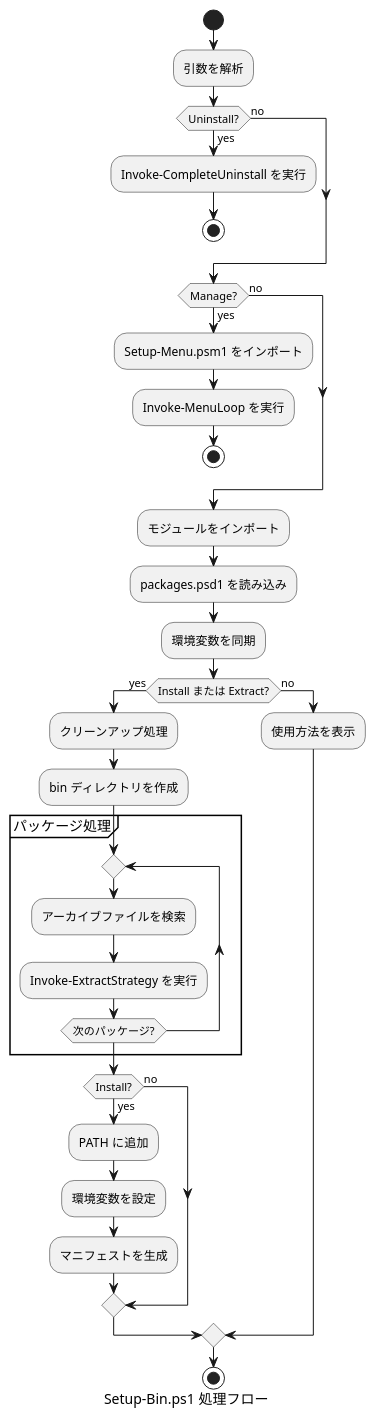
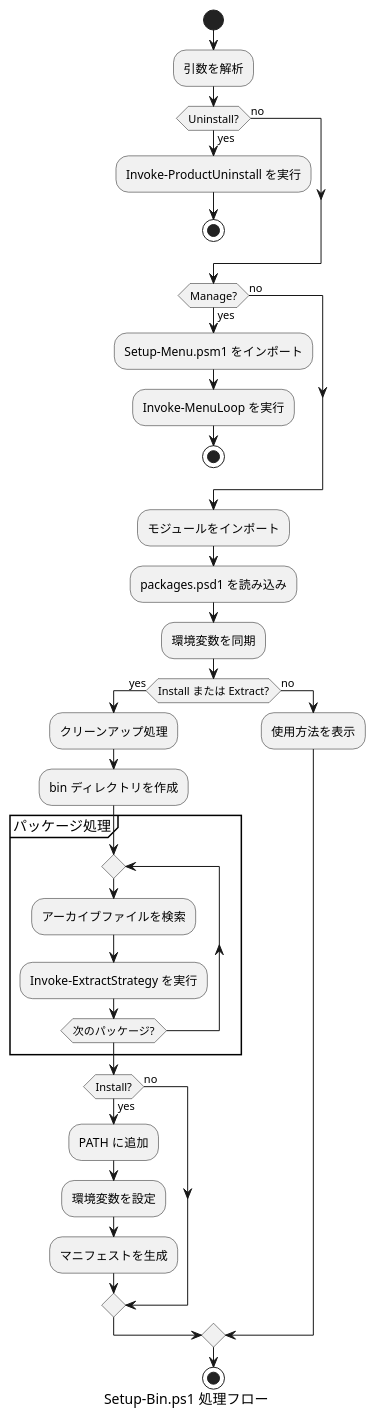
One commit to Hondarer/devbin-win changed the second of 2 diagrams in docs/setup-bin-design.md. Above: the diagram before and after it, drawn with PlantUML. The commit also changed other lines of this file and 4 other files, not shown here.

Commit message:
docs: document complete uninstall flow

````diff
--- a/docs/setup-bin-design.md
+++ b/docs/setup-bin-design.md
@@ -201,46 +208,46 @@
 ```plantuml
 @startuml Setup-Bin.ps1 処理フロー
 caption Setup-Bin.ps1 処理フロー
 start
 :引数を解析;
 
 if (Uninstall?) then (yes)
-  :Invoke-CompleteUninstall を実行;
+  :Invoke-ProductUninstall を実行;
   stop
 else (no)
 endif
 
 if (Manage?) then (yes)
   :Setup-Menu.psm1 をインポート;
   :Invoke-MenuLoop を実行;
   stop
 else (no)
 endif
 
 :モジュールをインポート;
 :packages.psd1 を読み込み;
 :環境変数を同期;
 
 if (Install または Extract?) then (yes)
   :クリーンアップ処理;
   :bin ディレクトリを作成;
 
   partition "パッケージ処理" {
     repeat
       :アーカイブファイルを検索;
       :Invoke-ExtractStrategy を実行;
     repeat while (次のパッケージ?)
   }
 
   if (Install?) then (yes)
     :PATH に追加;
     :環境変数を設定;
     :マニフェストを生成;
   else (no)
   endif
 else (no)
   :使用方法を表示;
 endif
 stop
 @enduml
 ```
````
